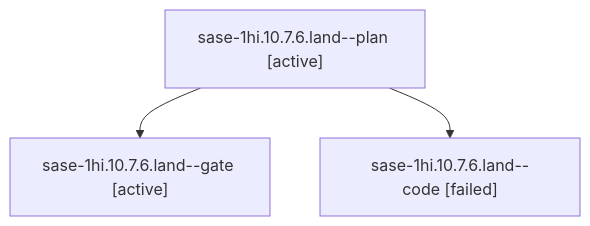
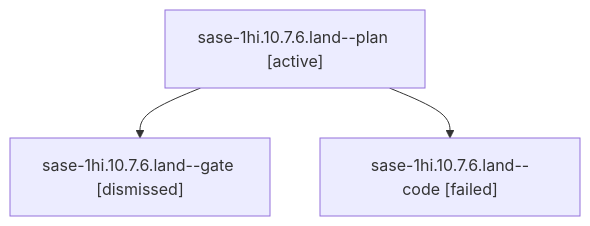
Before and after one commit to sase-org/sase--agents: the diagram in sessions/bbugyi200.apollo.sase-1hi.10.7.6.land.md, drawn with Mermaid. The commit also changed other lines of this file and 231 other files, not shown here.

````diff
--- a/sessions/bbugyi200.apollo.sase-1hi.10.7.6.land.md
+++ b/sessions/bbugyi200.apollo.sase-1hi.10.7.6.land.md
@@ -9,8 +9,8 @@
 ```mermaid
 flowchart TD
   n0["sase-1hi.10.7.6.land--plan [active]"]
-  n1["sase-1hi.10.7.6.land--gate [active]"]
+  n1["sase-1hi.10.7.6.land--gate [dismissed]"]
   n0 --> n1
   n2["sase-1hi.10.7.6.land--code [failed]"]
   n0 --> n2
 ```
````
